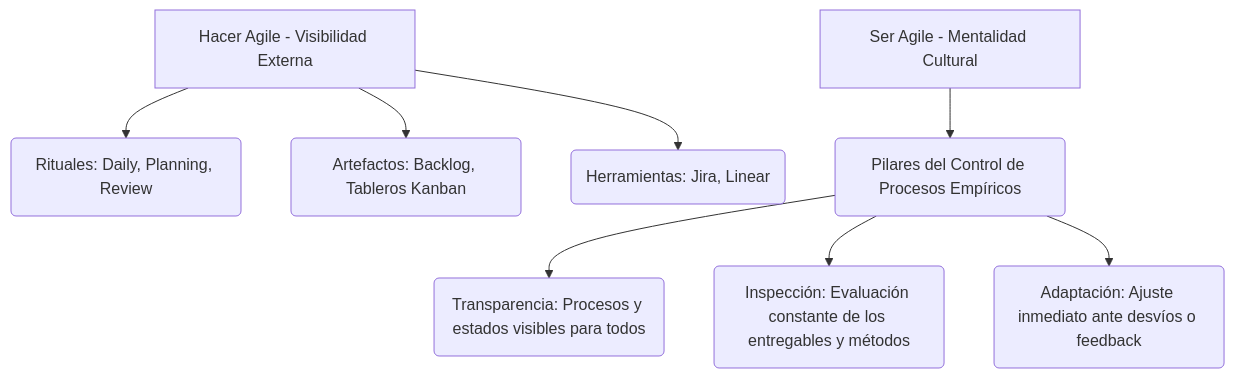
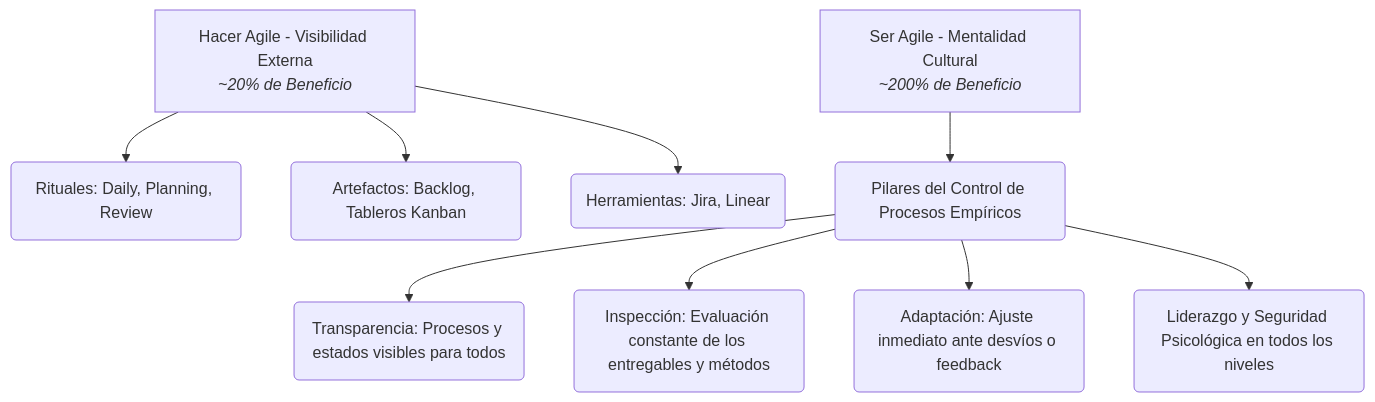
The second of 2 diagrams in 01-agile-frameworks/agile-culture-fundamentals.md (jlinares30/project-management-playbook), drawn with Mermaid before and after one commit. The commit also changed other lines of this file and 1 other file, not shown here.

Commit message:
feat: add agile culture and framework fundamentals documentation and update project glossary

````diff
--- a/01-agile-frameworks/agile-culture-fundamentals.md
+++ b/01-agile-frameworks/agile-culture-fundamentals.md
@@ -51,11 +95,12 @@
 ```mermaid
 graph TD
-    A[Hacer Agile - Visibilidad Externa] --> B(Rituales: Daily, Planning, Review)
+    A[Hacer Agile - Visibilidad Externa<br/><i>~20% de Beneficio</i>] --> B(Rituales: Daily, Planning, Review)
     A --> C(Artefactos: Backlog, Tableros Kanban)
     A --> D(Herramientas: Jira, Linear)
     
-    E[Ser Agile - Mentalidad Cultural] --> F(Pilares del Control de Procesos Empíricos)
+    E[Ser Agile - Mentalidad Cultural<br/><i>~200% de Beneficio</i>] --> F(Pilares del Control de Procesos Empíricos)
     F --> F1(Transparencia: Procesos y estados visibles para todos)
     F --> F2(Inspección: Evaluación constante de los entregables y métodos)
     F --> F3(Adaptación: Ajuste inmediato ante desvíos o feedback)
+    F --> F4(Liderazgo y Seguridad Psicológica en todos los niveles)
 ```
````
